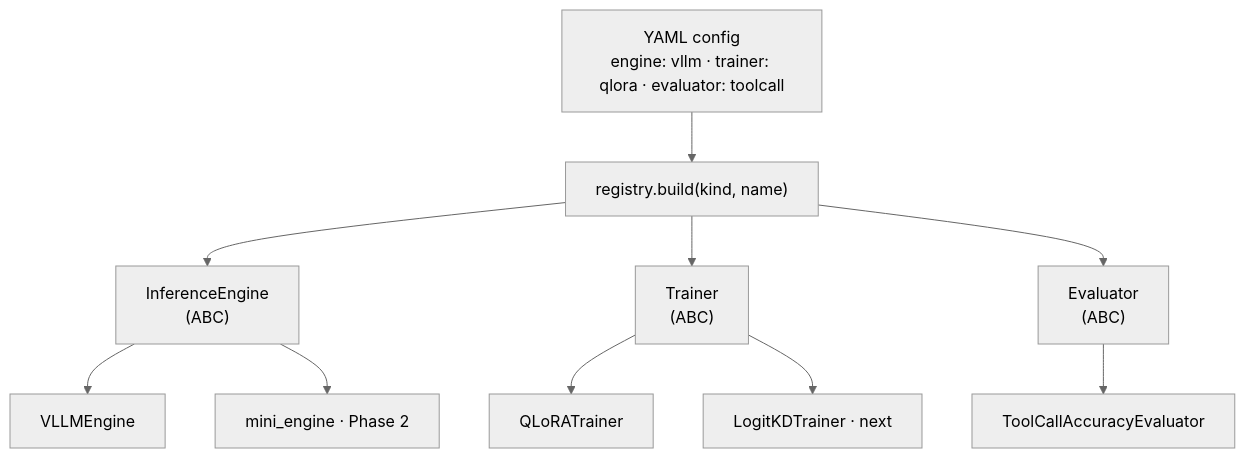
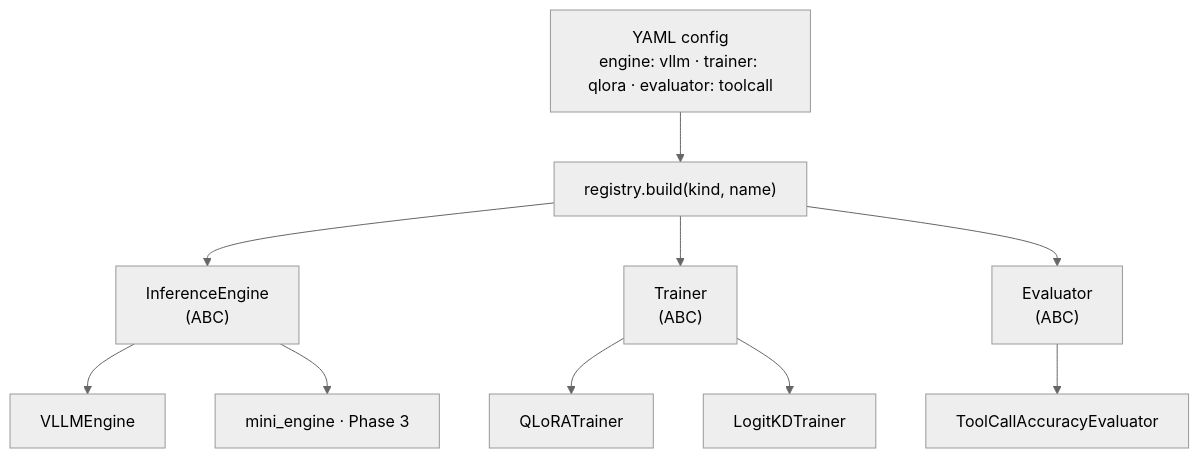
Before and after one commit to tanishq0421/slimserve: the diagram in README.md, drawn with Mermaid (neutral theme). The commit also changed other lines of this file and 33 other files, not shown here.

Commit message:
Renumber phases: Phase 2 = compress-to-SLM, Phase 3 = from-scratch engine (resume narrative order)

````diff
--- a/README.md
+++ b/README.md
@@ -127,13 +128,13 @@
 ```mermaid
 flowchart TD
     CFG["YAML config<br/>engine: vllm · trainer: qlora · evaluator: toolcall"]
     CFG --> REG["registry.build(kind, name)"]
     REG --> ENG["InferenceEngine<br/>(ABC)"]
     REG --> TRN["Trainer<br/>(ABC)"]
     REG --> EVL["Evaluator<br/>(ABC)"]
     ENG --> V["VLLMEngine"]
-    ENG --> M["mini_engine · Phase 2"]
+    ENG --> M["mini_engine · Phase 3"]
     TRN --> Q["QLoRATrainer"]
-    TRN --> L["LogitKDTrainer · next"]
+    TRN --> L["LogitKDTrainer"]
     EVL --> TC["ToolCallAccuracyEvaluator"]
 ```
````
